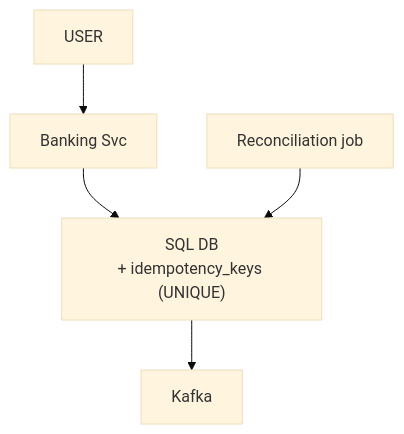
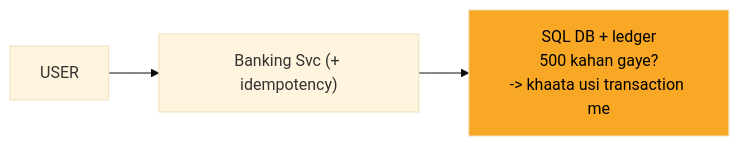
The fifth of 13 diagrams in 04_HLD/SYSTEM_DESIGNS/13_banking_system/13_banking_system.md (ArpanMaheshwari144/Prep), drawn with Mermaid (base theme) before and after one commit. The commit also changed other lines of this file and 2 other files, not shown here.

Commit message:
docs, kafka, banking: one-day story, short cards, follow-ups with rules, highlighted diagrams

````diff
--- a/04_HLD/SYSTEM_DESIGNS/13_banking_system/13_banking_system.md
+++ b/04_HLD/SYSTEM_DESIGNS/13_banking_system/13_banking_system.md
@@ -194,12 +174,9 @@
 ```mermaid
-flowchart TD
+flowchart LR
     n_USER["USER"]
-    n_Banking_Svc["Banking Svc"]
-    n_SQL_DB["SQL DB<br/>+ idempotency_keys (UNIQUE)"]
-    n_Kafka["Kafka"]
-    n_Reconciliation_job["Reconciliation job"]
-    n_USER --> n_Banking_Svc
-    n_Banking_Svc --> n_SQL_DB
-    n_SQL_DB --> n_Kafka
-    n_Reconciliation_job --> n_SQL_DB
+    n_SVC["Banking Svc (+ idempotency)"]
+    n_DB["SQL DB + ledger<br/>500 kahan gaye?<br/>-> khaata usi transaction me"]
+    n_USER --> n_SVC
+    n_SVC --> n_DB
+    style n_DB fill:#f9a825,color:#000
 ```
````
